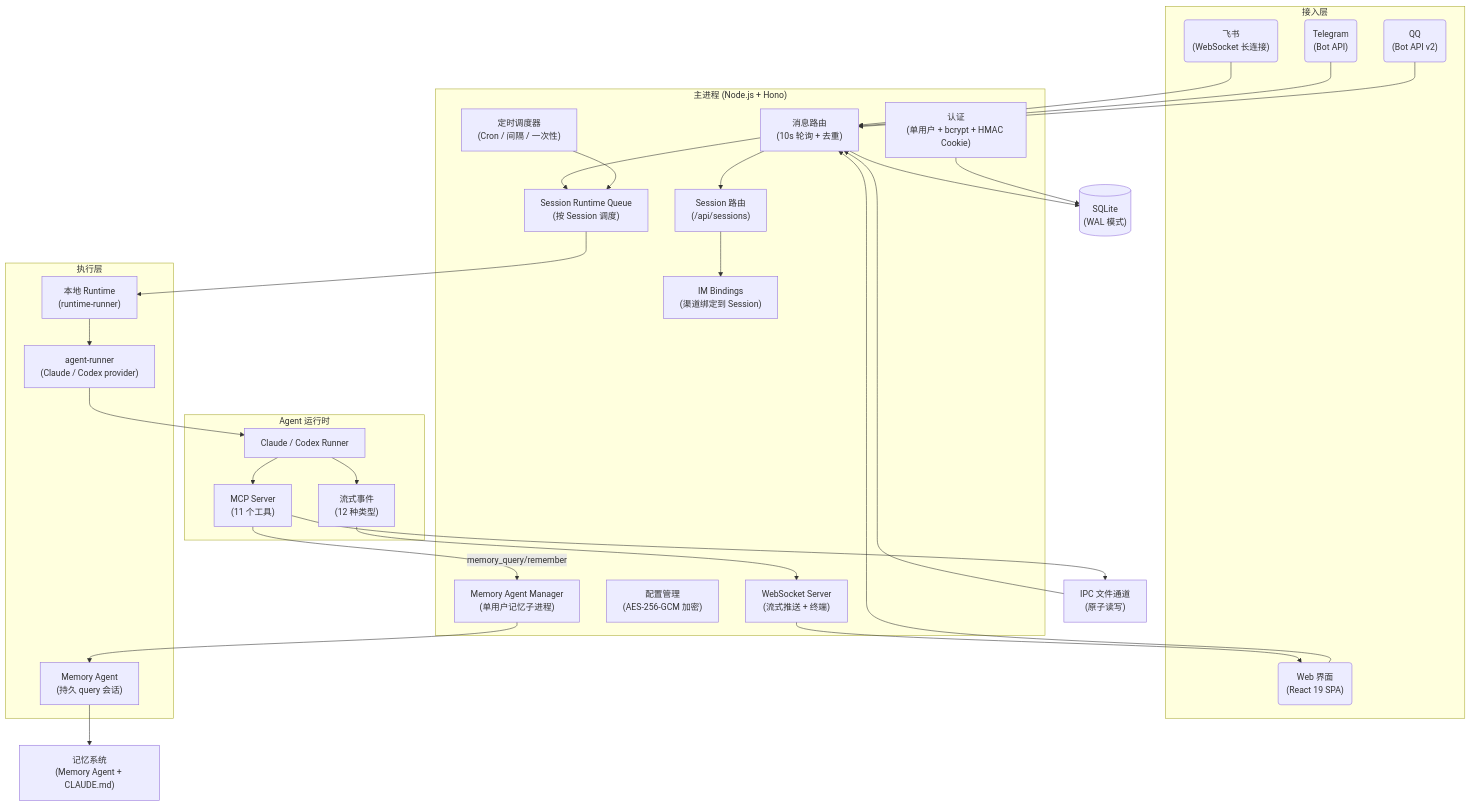
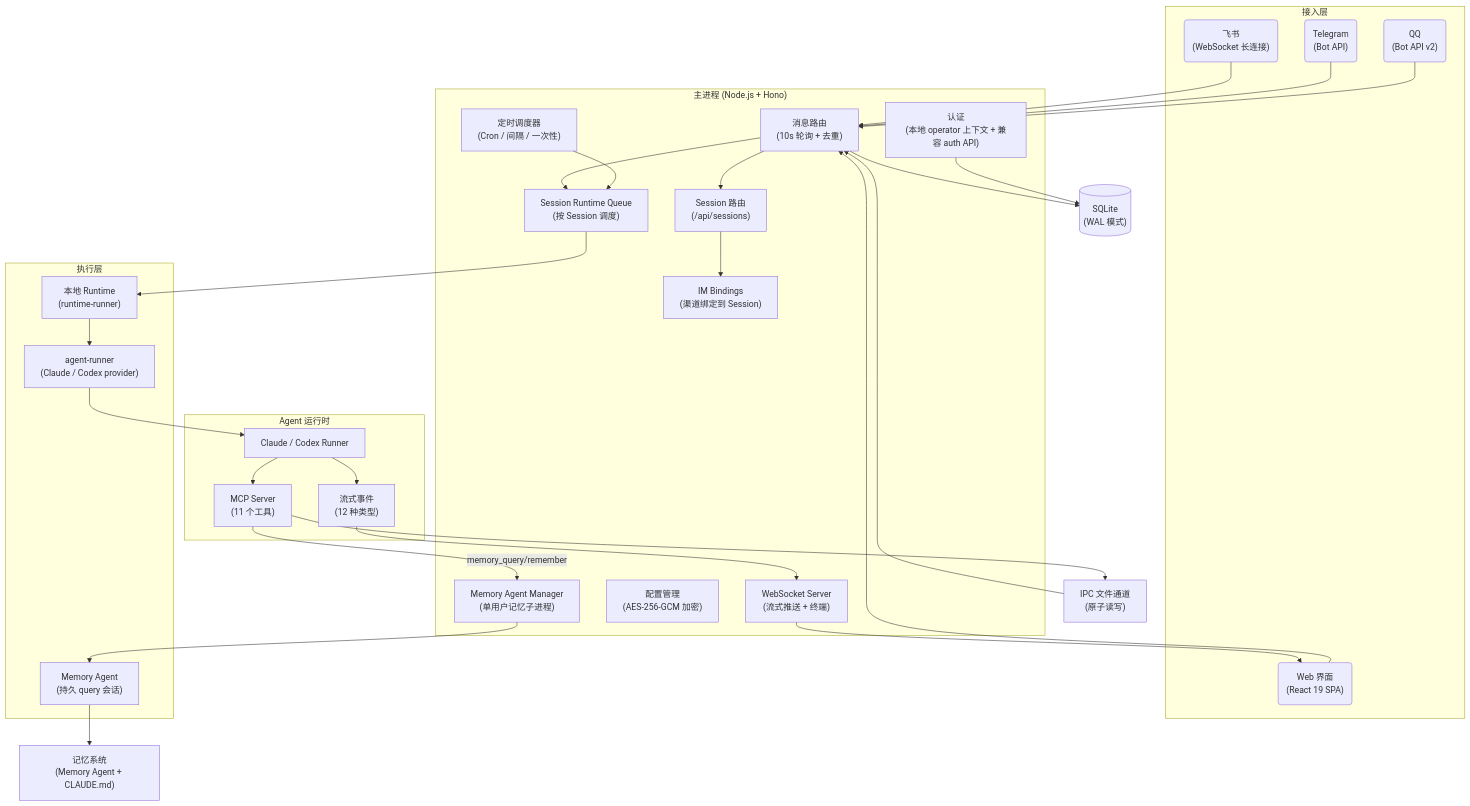
One commit to ar8327/happyclaw changed the diagram in README.md. Above: the diagram before and after it, drawn with Mermaid. The commit also changed other lines of this file and 4 other files, not shown here.

````diff
--- a/README.md
+++ b/README.md
@@ -305,74 +305,74 @@
 ```mermaid
 flowchart TD
     subgraph 接入层
         Feishu("飞书<br/>(WebSocket 长连接)")
         Telegram("Telegram<br/>(Bot API)")
         QQ("QQ<br/>(Bot API v2)")
         Web("Web 界面<br/>(React 19 SPA)")
     end
 
     subgraph 主进程["主进程 (Node.js + Hono)"]
         Router["消息路由<br/>(10s 轮询 + 去重)"]
         Sessions["Session 路由<br/>(/api/sessions)"]
         Queue["Session Runtime Queue<br/>(按 Session 调度)"]
         Scheduler["定时调度器<br/>(Cron / 间隔 / 一次性)"]
         WS["WebSocket Server<br/>(流式推送 + 终端)"]
-        Auth["认证<br/>(单用户 + bcrypt + HMAC Cookie)"]
+        Auth["认证<br/>(本地 operator 上下文 + 兼容 auth API)"]
         Config["配置管理<br/>(AES-256-GCM 加密)"]
         Bindings["IM Bindings<br/>(渠道绑定到 Session)"]
         MemMgr["Memory Agent Manager<br/>(单用户记忆子进程)"]
     end
 
     subgraph 执行层
         Runtime["本地 Runtime<br/>(runtime-runner)"]
         AgentRunner["agent-runner<br/>(Claude / Codex provider)"]
         MemAgent["Memory Agent<br/>(持久 query 会话)"]
     end
 
     subgraph Agent["Agent 运行时"]
         Runner["Claude / Codex Runner"]
         MCP["MCP Server<br/>(11 个工具)"]
         Stream["流式事件<br/>(12 种类型)"]
     end
 
     DB[("SQLite<br/>(WAL 模式)")]
     IPC["IPC 文件通道<br/>(原子读写)"]
     Memory["记忆系统<br/>(Memory Agent + CLAUDE.md)"]
 
     Feishu --> Router
     Telegram --> Router
     QQ --> Router
     Web --> Router
 
     Router --> Sessions
     Router --> Queue
     Sessions --> Bindings
     Queue --> Runtime
     Scheduler --> Queue
 
     Runtime --> AgentRunner
     AgentRunner --> Runner
     Runner --> MCP
     Runner --> Stream
 
     MCP --> IPC
     IPC --> Router
 
     Stream --> WS
     WS --> Web
 
     MCP -->|memory_query/remember| MemMgr
     MemMgr --> MemAgent
     MemAgent --> Memory
 
     Router --> DB
     Auth --> DB
 
     class Feishu,Telegram,QQ,Web fe
     class Router,Sessions,Queue,Scheduler,WS,Auth,Config,Bindings svc
     class DB db
     class Runtime,AgentRunner,MemAgent faas
     class Runner,MCP,Stream faas
     class IPC cfg
     class Memory cfg
 ```
````
